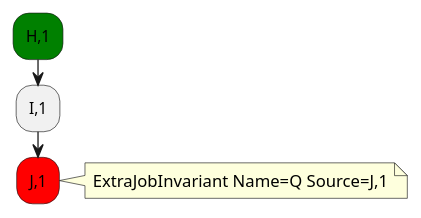
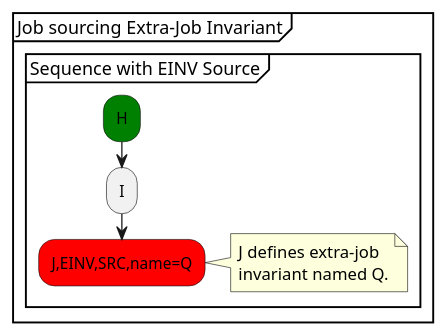
The diagram in models/SequenceVerificationDataCentric/puml/Tutorial_14.puml (xtuml/munin), drawn with PlantUML before and after one commit. The commit also changed 7 other files, not shown here.

```diff
--- a/models/SequenceVerificationDataCentric/puml/Tutorial_14.puml
+++ b/models/SequenceVerificationDataCentric/puml/Tutorial_14.puml
@@ -7,9 +7,13 @@
 @startuml 
-      #green:H,1;
-      :I,1;
-      #red:J,1;
+partition "Job sourcing Extra-Job Invariant" {
+group "Sequence with EINV Source"
+      #green:H;
+      :I;
+      #red:J,EINV,SRC,name=Q;
       note right 
-        ExtraJobInvariant Name=Q Source=J,1
+        J defines extra-job
+        invariant named Q.
       end note
-      
+  end group
+}
 @enduml
```
